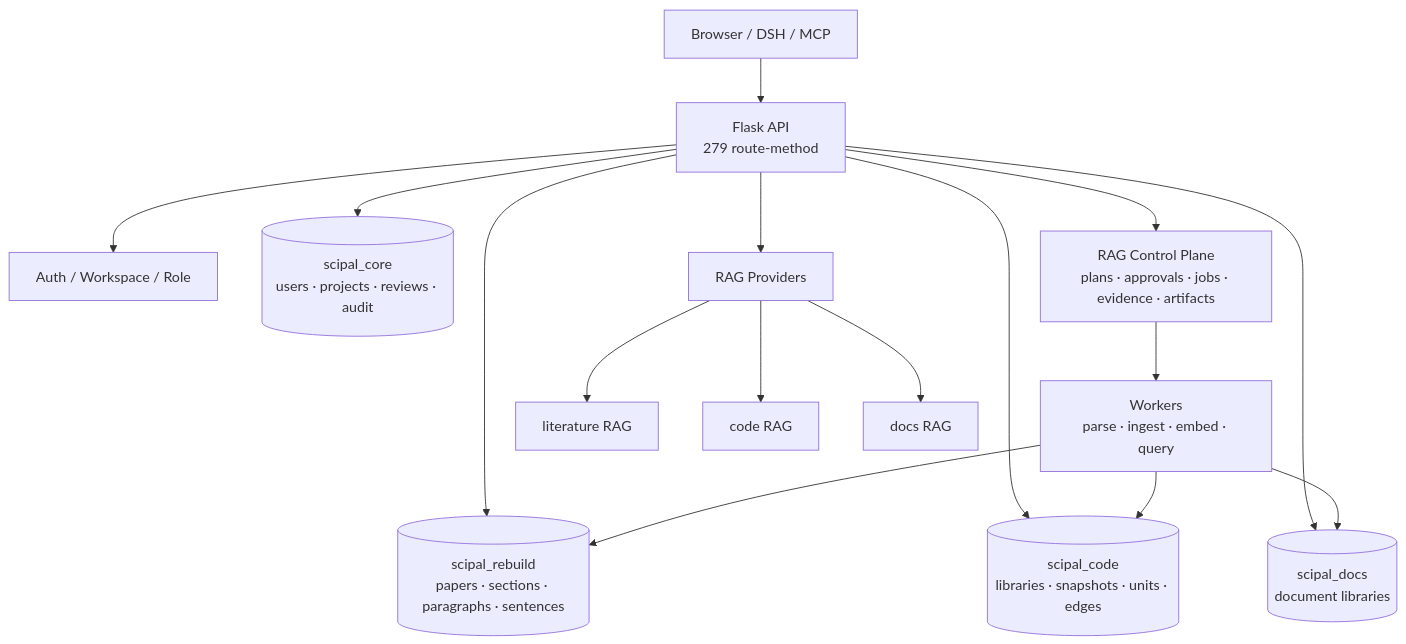
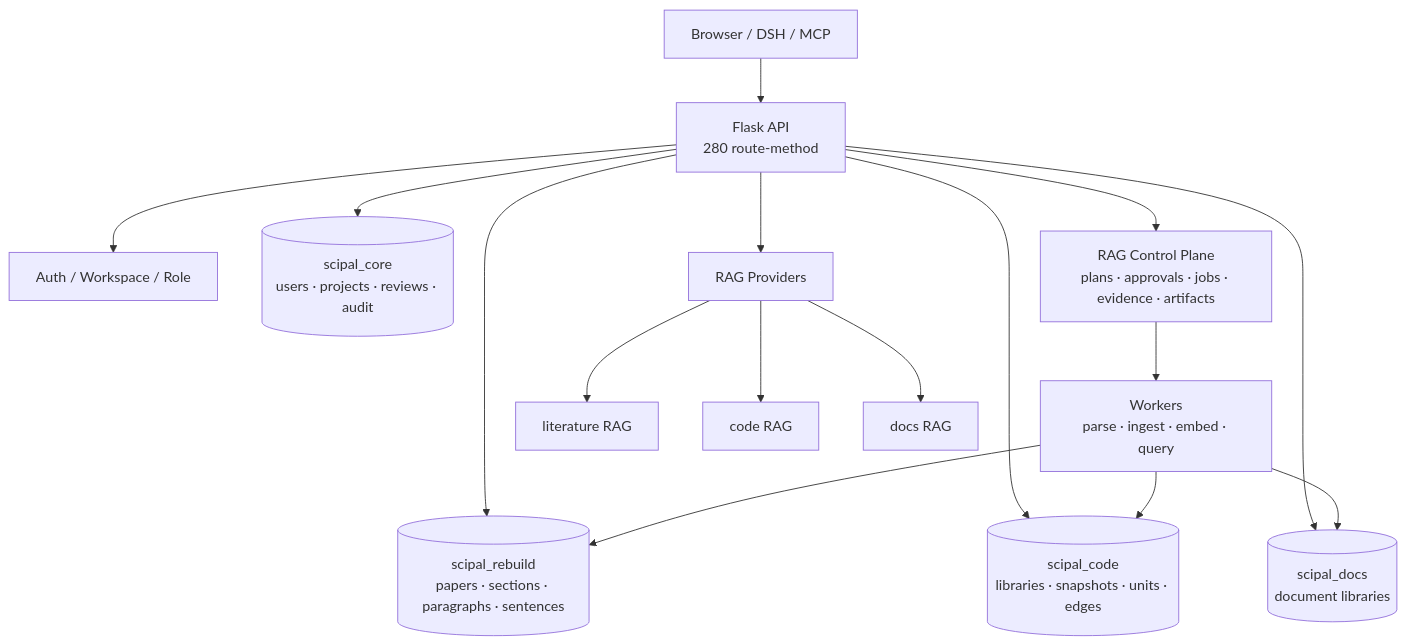
One commit to williamchen520/sci-pal changed the first of 2 diagrams in README.md. Above: the diagram before and after it, drawn with Mermaid. The commit also changed other lines of this file and 10 other files, not shown here.

````diff
--- a/README.md
+++ b/README.md
@@ -77,20 +77,20 @@
 ```mermaid
 flowchart TB
-    U["Browser / DSH / MCP"] --> API["Flask API<br/>279 route-method"]
+    U["Browser / DSH / MCP"] --> API["Flask API<br/>280 route-method"]
     API --> AUTH["Auth / Workspace / Role"]
     API --> CORE[("scipal_core<br/>users · projects · reviews · audit")]
     API --> CORPUS[("scipal_rebuild<br/>papers · sections · paragraphs · sentences")]
     API --> CODE[("scipal_code<br/>libraries · snapshots · units · edges")]
     API --> DOCS[("scipal_docs<br/>document libraries")]
 
     API --> CP["RAG Control Plane<br/>plans · approvals · jobs · evidence · artifacts"]
     CP --> WORKER["Workers<br/>parse · ingest · embed · query"]
     WORKER --> CORPUS
     WORKER --> CODE
     WORKER --> DOCS
 
     API --> PROV["RAG Providers"]
     PROV --> LIT["literature RAG"]
     PROV --> CRAG["code RAG"]
     PROV --> DRAG["docs RAG"]
 ```
````
